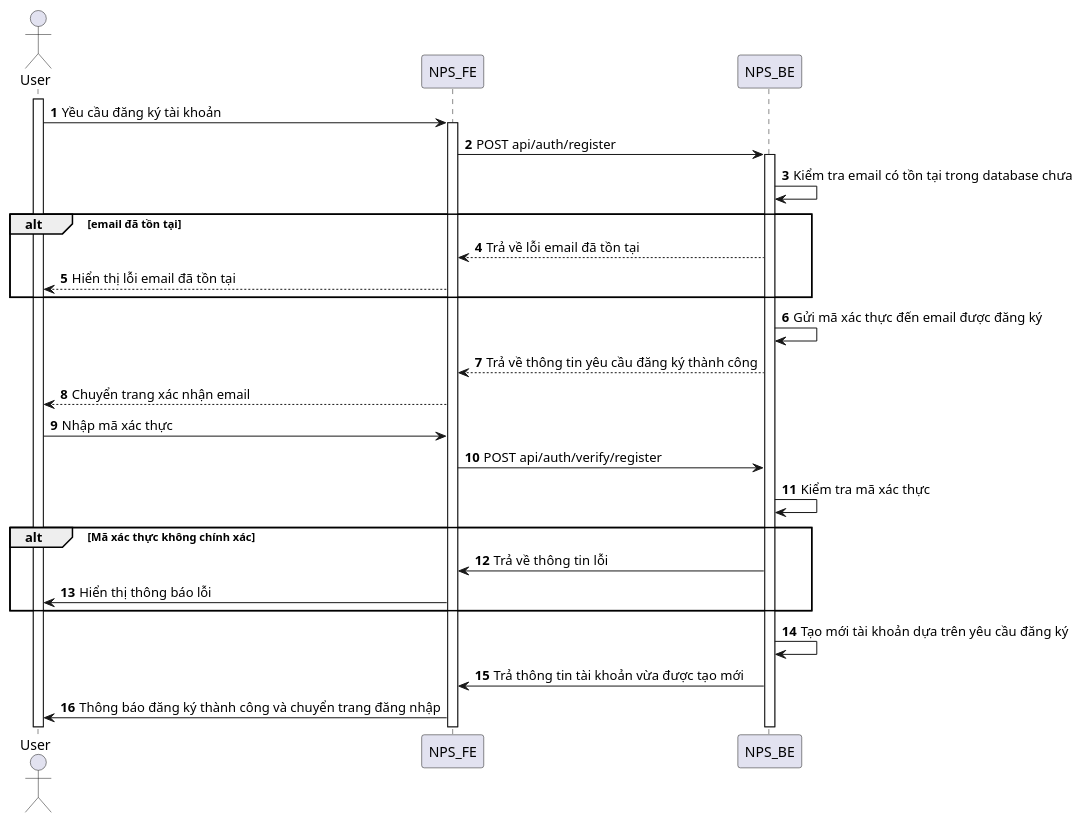
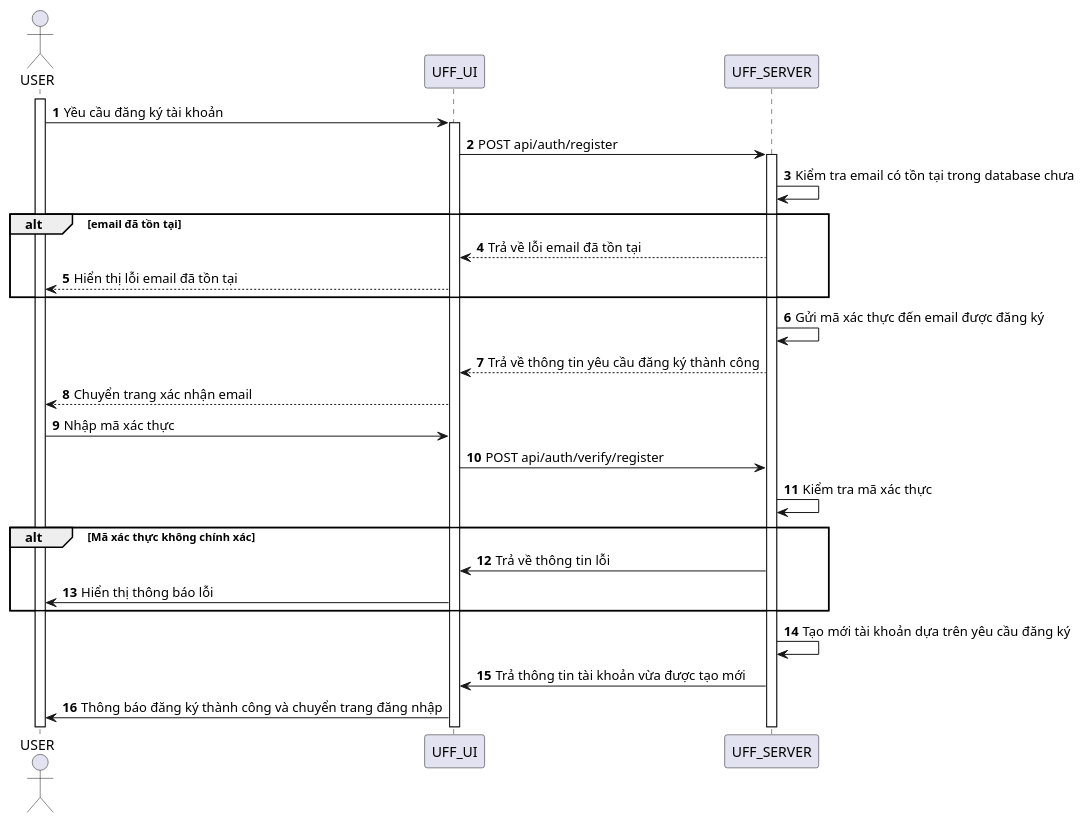
The diagram in SequenceDiagram/Authentication/register.puml (congdanh0101/fast-food), drawn with PlantUML before and after one commit. The commit also changed 144 other files, not shown here.

Commit message:
update seq diagram

```diff
--- a/SequenceDiagram/Authentication/register.puml
+++ b/SequenceDiagram/Authentication/register.puml
@@ -1,29 +1,29 @@
 @startuml
 autonumber
-actor User
-activate User
-User -> NPS_FE: Yều cầu đăng ký tài khoản
-activate NPS_FE
-NPS_FE -> NPS_BE: POST api/auth/register
-activate NPS_BE
-NPS_BE -> NPS_BE: Kiểm tra email có tồn tại trong database chưa
+actor USER
+activate USER
+USER -> UFF_UI: Yều cầu đăng ký tài khoản
+activate UFF_UI
+UFF_UI -> UFF_SERVER: POST api/auth/register
+activate UFF_SERVER
+UFF_SERVER -> UFF_SERVER: Kiểm tra email có tồn tại trong database chưa
 alt  email đã tồn tại
-NPS_BE --> NPS_FE: Trả về lỗi email đã tồn tại
-NPS_FE --> User: Hiển thị lỗi email đã tồn tại
+UFF_SERVER --> UFF_UI: Trả về lỗi email đã tồn tại
+UFF_UI --> USER: Hiển thị lỗi email đã tồn tại
 end alt
-NPS_BE -> NPS_BE: Gửi mã xác thực đến email được đăng ký
-NPS_BE --> NPS_FE: Trả về thông tin yêu cầu đăng ký thành công
-NPS_FE --> User: Chuyển trang xác nhận email
-User -> NPS_FE: Nhập mã xác thực
-NPS_FE -> NPS_BE: POST api/auth/verify/register
-NPS_BE -> NPS_BE: Kiểm tra mã xác thực
+UFF_SERVER -> UFF_SERVER: Gửi mã xác thực đến email được đăng ký
+UFF_SERVER --> UFF_UI: Trả về thông tin yêu cầu đăng ký thành công
+UFF_UI --> USER: Chuyển trang xác nhận email
+USER -> UFF_UI: Nhập mã xác thực
+UFF_UI -> UFF_SERVER: POST api/auth/verify/register
+UFF_SERVER -> UFF_SERVER: Kiểm tra mã xác thực
 alt Mã xác thực không chính xác
-NPS_BE -> NPS_FE: Trả về thông tin lỗi
-NPS_FE -> User: Hiển thị thông báo lỗi
+UFF_SERVER -> UFF_UI: Trả về thông tin lỗi
+UFF_UI -> USER: Hiển thị thông báo lỗi
 end alt
 
-NPS_BE -> NPS_BE: Tạo mới tài khoản dựa trên yêu cầu đăng ký
-NPS_BE -> NPS_FE: Trả thông tin tài khoản vừa được tạo mới
-NPS_FE -> User: Thông báo đăng ký thành công và chuyển trang đăng nhập
+UFF_SERVER -> UFF_SERVER: Tạo mới tài khoản dựa trên yêu cầu đăng ký
+UFF_SERVER -> UFF_UI: Trả thông tin tài khoản vừa được tạo mới
+UFF_UI -> USER: Thông báo đăng ký thành công và chuyển trang đăng nhập
 
 @enduml
```
